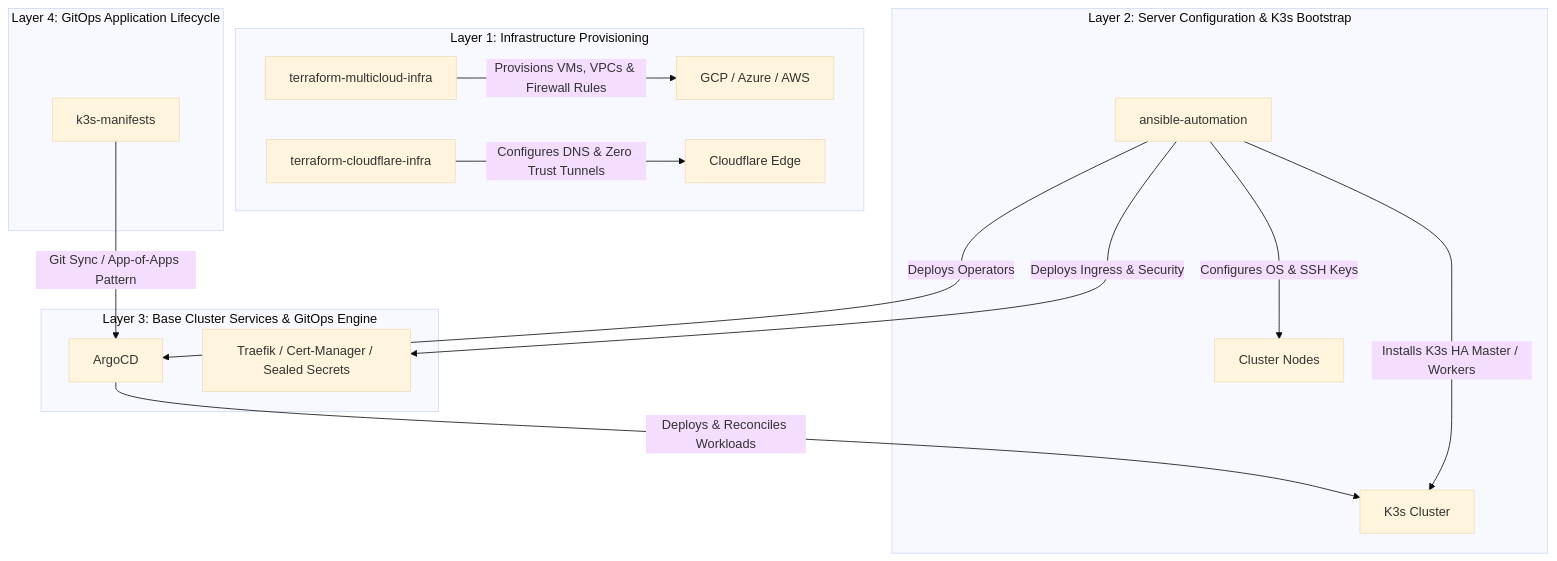
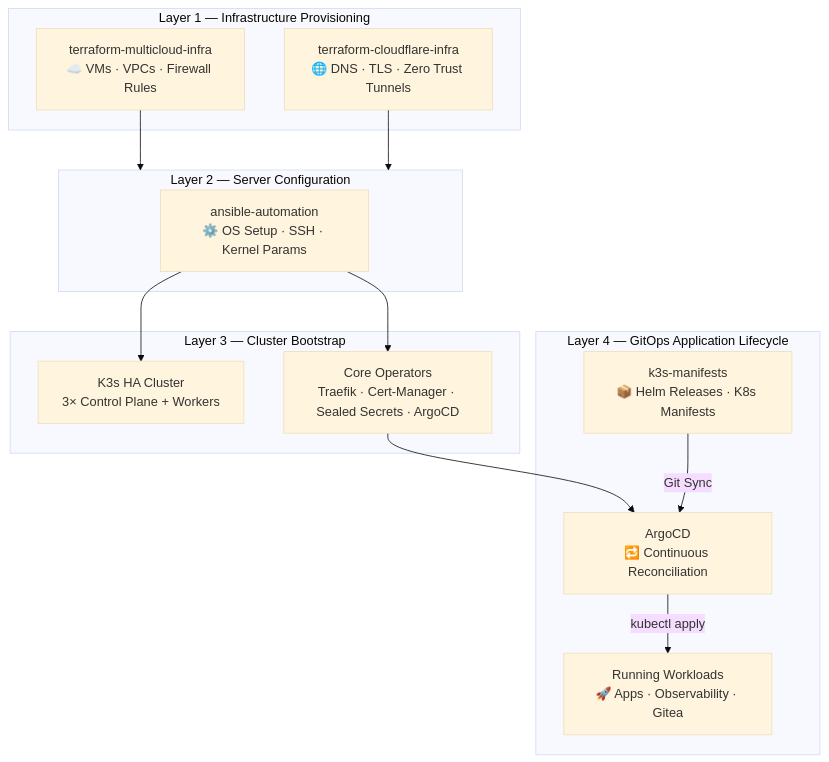
The first of 3 diagrams in docs/architecture.md (freecloudinitiative/docs), drawn with Mermaid (base theme) before and after one commit. The commit also changed other lines of this file and 11 other files, not shown here.

````diff
--- a/docs/architecture.md
+++ b/docs/architecture.md
@@ -11,22 +14,30 @@
 ```mermaid
 flowchart TD
-    subgraph Layer 1: Infrastructure Provisioning
-        TMC[terraform-multicloud-infra] -->|Provisions VMs, VPCs & Firewall Rules| GCP[GCP / Azure / AWS]
-        TCF[terraform-cloudflare-infra] -->|Configures DNS & Zero Trust Tunnels| CF[Cloudflare Edge]
+    subgraph L1["Layer 1 — Infrastructure Provisioning"]
+        TMC["terraform-multicloud-infra\n☁️ VMs · VPCs · Firewall Rules"]
+        TCF["terraform-cloudflare-infra\n🌐 DNS · TLS · Zero Trust Tunnels"]
     end
 
-    subgraph Layer 2: Server Configuration & K3s Bootstrap
-        ANS[ansible-automation] -->|Configures OS & SSH Keys| VM[Cluster Nodes]
-        ANS -->|Installs K3s HA Master / Workers| K3S[K3s Cluster]
+    subgraph L2["Layer 2 — Server Configuration"]
+        ANS1["ansible-automation\n⚙️ OS Setup · SSH · Kernel Params"]
     end
 
-    subgraph Layer 3: Base Cluster Services & GitOps Engine
-        ANS -->|Deploys Operators| ARG[ArgoCD]
-        ANS -->|Deploys Ingress & Security| TRF[Traefik / Cert-Manager / Sealed Secrets]
+    subgraph L3["Layer 3 — Cluster Bootstrap"]
+        K3S["K3s HA Cluster\n3× Control Plane + Workers"]
+        ANS2["Core Operators\nTraefik · Cert-Manager · Sealed Secrets · ArgoCD"]
     end
 
-    subgraph Layer 4: GitOps Application Lifecycle
-        MANIFESTS[k3s-manifests] -->|Git Sync / App-of-Apps Pattern| ARG
-        ARG -->|Deploys & Reconciles Workloads| K3S
+    subgraph L4["Layer 4 — GitOps Application Lifecycle"]
+        MAN["k3s-manifests\n📦 Helm Releases · K8s Manifests"]
+        ACD["ArgoCD\n🔁 Continuous Reconciliation"]
+        APPS["Running Workloads\n🚀 Apps · Observability · Gitea"]
     end
+
+    TMC --> L2
+    TCF --> L2
+    ANS1 --> K3S
+    ANS1 --> ANS2
+    ANS2 --> ACD
+    MAN -->|"Git Sync"| ACD
+    ACD -->|"kubectl apply"| APPS
 ```
````
